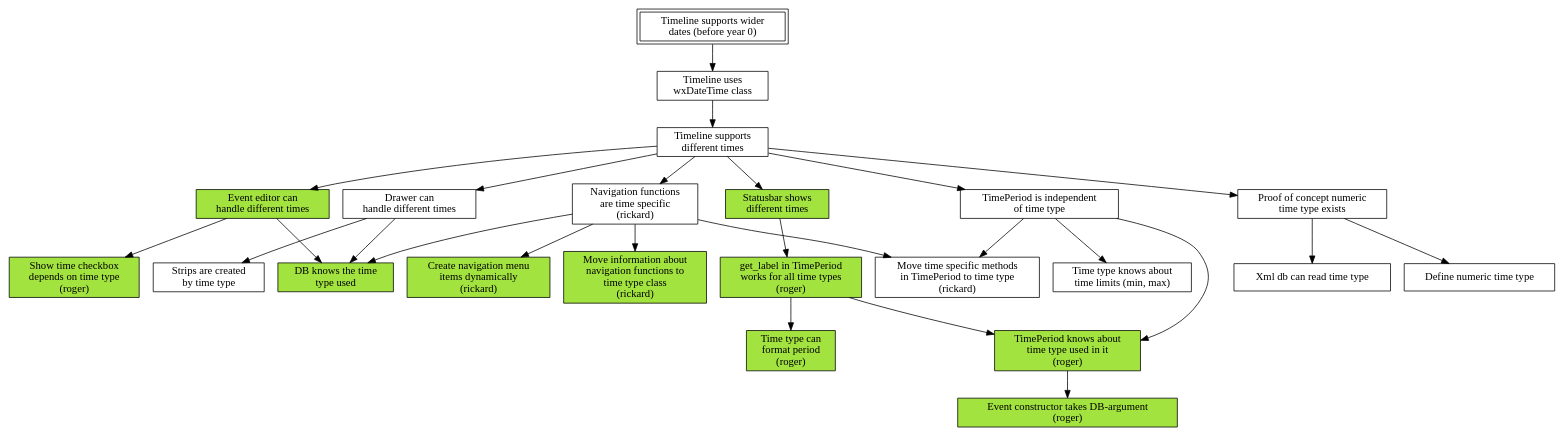
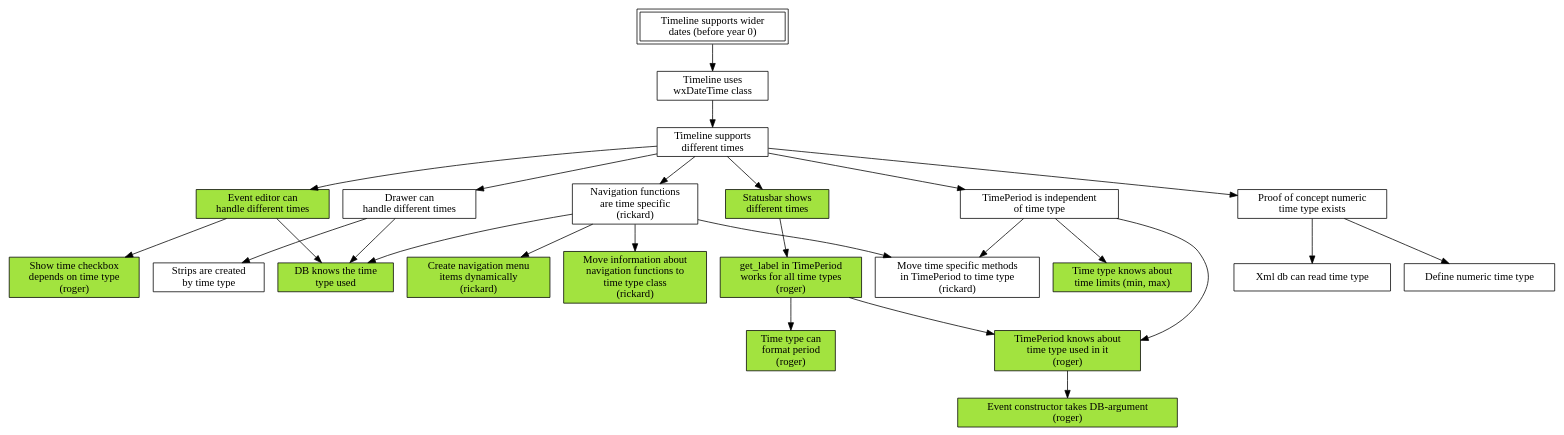
Before and after one commit to shutaozhenzhen/thetimelineproj: the diagram in mikado.dot, drawn with Graphviz.

```diff
--- a/mikado.dot
+++ b/mikado.dot
@@ -1,86 +1,87 @@
 digraph mikado
 {
     node [shape=box];
 
     wider_dates [label="Timeline supports wider\ndates (before year 0)"];
     wider_dates [peripheries=2];
         wider_dates -> switch_to_wx_time;
 
     switch_to_wx_time [label="Timeline uses\nwxDateTime class"];
         switch_to_wx_time -> different_time;
 
     different_time [label="Timeline supports\ndifferent times "];
         different_time -> event_editor;
         different_time -> drawer;
         different_time -> navigation;
         different_time -> status_bar;
         different_time -> time_period_independent;
         different_time -> numeric_time_type;
 
     numeric_time_type [label="Proof of concept numeric\ntime type exists"];
         numeric_time_type -> define_numeric_time_type;
         numeric_time_type -> db_reads_time_type;
 
     time_period_independent [label="TimePeriod is independent\nof time type"];
         time_period_independent -> time_period_knows_type;
         time_period_independent -> time_period;
         time_period_independent -> time_limits_in_time_type;
 
     event_editor [label="Event editor can\nhandle different times"];
     event_editor [style=filled,fillcolor="#A2E33F"];
         event_editor -> show_time;
         event_editor -> db_has_type_info;
 
     drawer [label="Drawer can\nhandle different times"];
         drawer -> db_has_type_info;
         drawer -> strips_in_time_type;
 
     navigation [label="Navigation functions\nare time specific\n(rickard)"];
         navigation -> db_has_type_info;
         navigation -> move_nav_to_time_type;
         navigation -> create_menu_items_dynamically;
         navigation -> time_period;
 
     status_bar [label="Statusbar shows\ndifferent times"];
     status_bar [style=filled,fillcolor="#A2E33F"];
         status_bar -> get_label;
         get_label -> time_period_knows_type;
 
     get_label [label="get_label in TimePeriod\nworks for all time types\n(roger)"];
     get_label [style=filled,fillcolor="#A2E33F"];
         get_label -> type_format;
 
     time_period_knows_type [label="TimePeriod knows about\ntime type used in it\n(roger)"];
     time_period_knows_type [style=filled,fillcolor="#A2E33F"];
 	time_period_knows_type -> event_constructor;
 
     // Leaves
 
     define_numeric_time_type [label="Define numeric time type"];
 
     db_reads_time_type [label="Xml db can read time type"];
 
     show_time [label="Show time checkbox\ndepends on time type\n(roger)"];
     show_time [style=filled,fillcolor="#A2E33F"];
 
     db_has_type_info [label="DB knows the time\ntype used"];
     db_has_type_info [style=filled,fillcolor="#A2E33F"];
 
     move_nav_to_time_type [label="Move information about\nnavigation functions to\ntime type class\n(rickard)"];
     move_nav_to_time_type [style=filled,fillcolor="#A2E33F"];
 
     create_menu_items_dynamically [label="Create navigation menu\nitems dynamically\n(rickard)"];
     create_menu_items_dynamically [style=filled,fillcolor="#A2E33F"];
 
     time_period [label="Move time specific methods\nin TimePeriod to time type\n(rickard)"];
 
     type_format [label="Time type can\nformat period\n(roger)"];
     type_format [style=filled,fillcolor="#A2E33F"];
     
     event_constructor [label="Event constructor takes DB-argument\n(roger)"];
     event_constructor [style=filled,fillcolor="#A2E33F"];
 
     strips_in_time_type [label="Strips are created\nby time type"];
 
     time_limits_in_time_type [label="Time type knows about\ntime limits (min, max)"];
+    time_limits_in_time_type [style=filled,fillcolor="#A2E33F"];
 }
```
